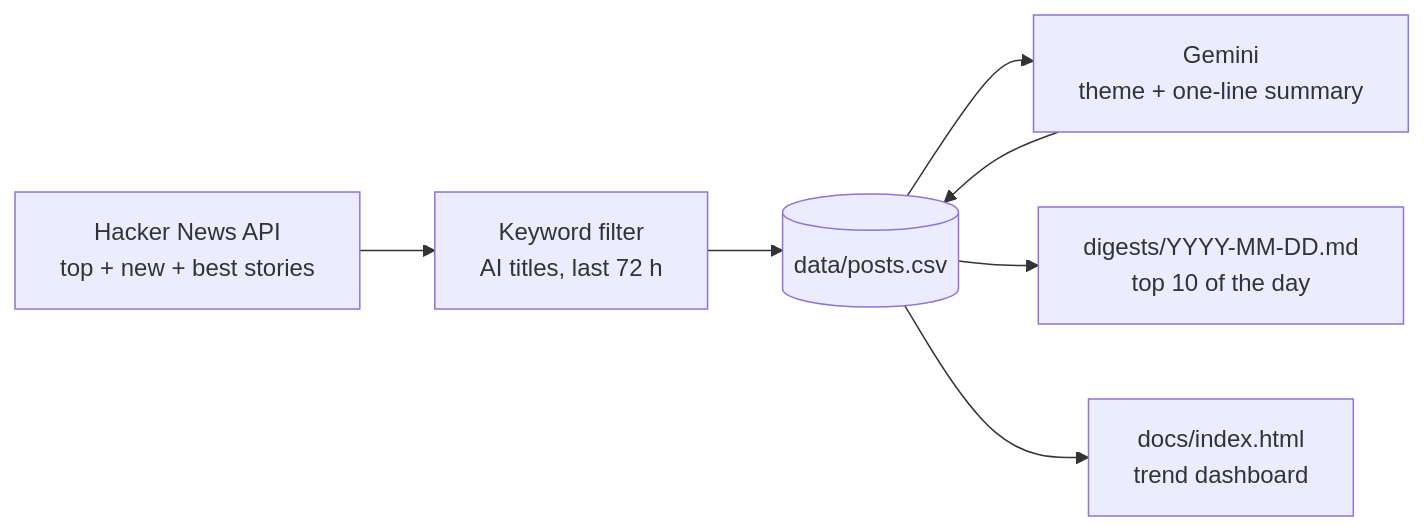
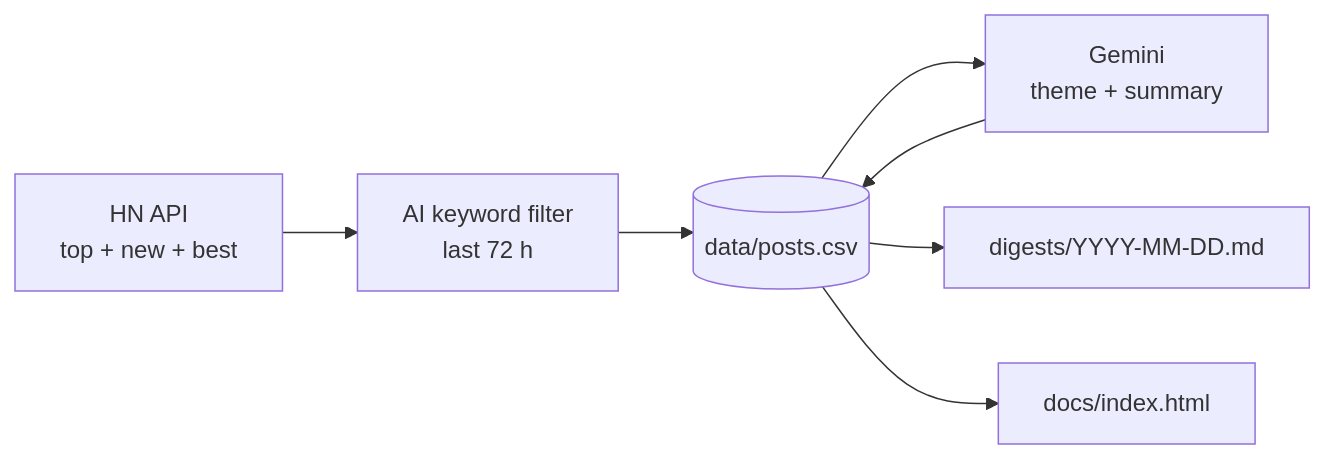
The diagram in README.md (Osceti/ai-news-radar), drawn with Mermaid before and after one commit. The commit also changed other lines of this file, not shown here.

````diff
--- a/README.md
+++ b/README.md
@@ -26,9 +17,9 @@
 ```mermaid
 flowchart LR
-    A["Hacker News API<br/>top + new + best stories"] --> B["Keyword filter<br/>AI titles, last 72 h"]
+    A["HN API<br/>top + new + best"] --> B["AI keyword filter<br/>last 72 h"]
     B --> C[("data/posts.csv")]
-    C --> D["Gemini<br/>theme + one-line summary"]
+    C --> D["Gemini<br/>theme + summary"]
     D --> C
-    C --> E["digests/YYYY-MM-DD.md<br/>top 10 of the day"]
-    C --> F["docs/index.html<br/>trend dashboard"]
+    C --> E["digests/YYYY-MM-DD.md"]
+    C --> F["docs/index.html"]
 ```
````
